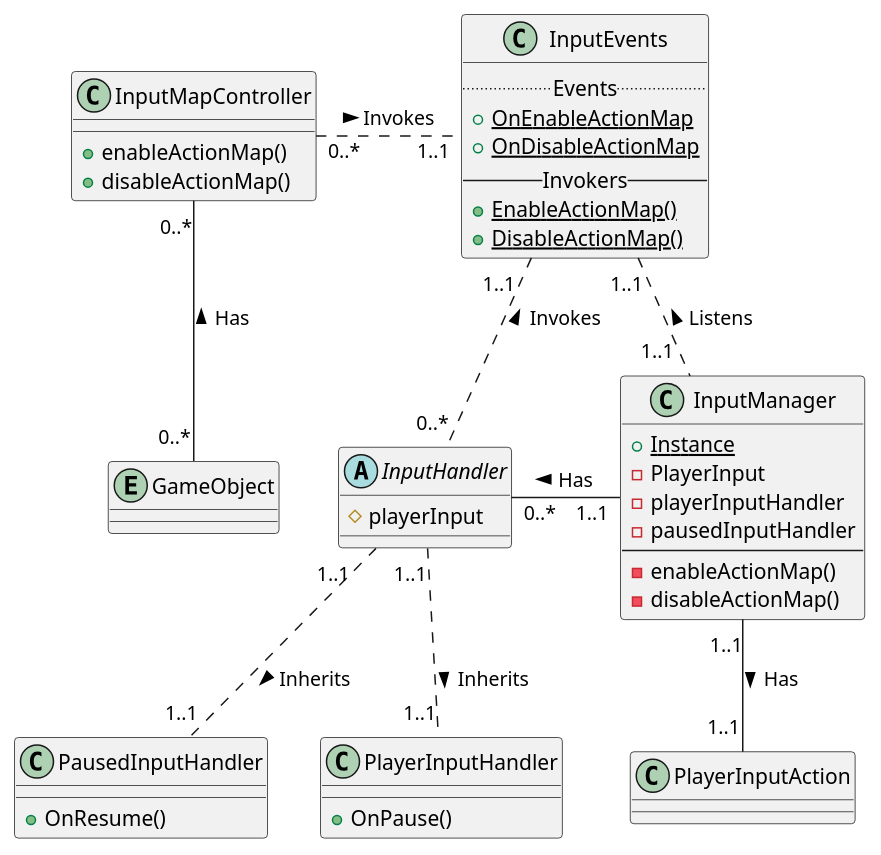
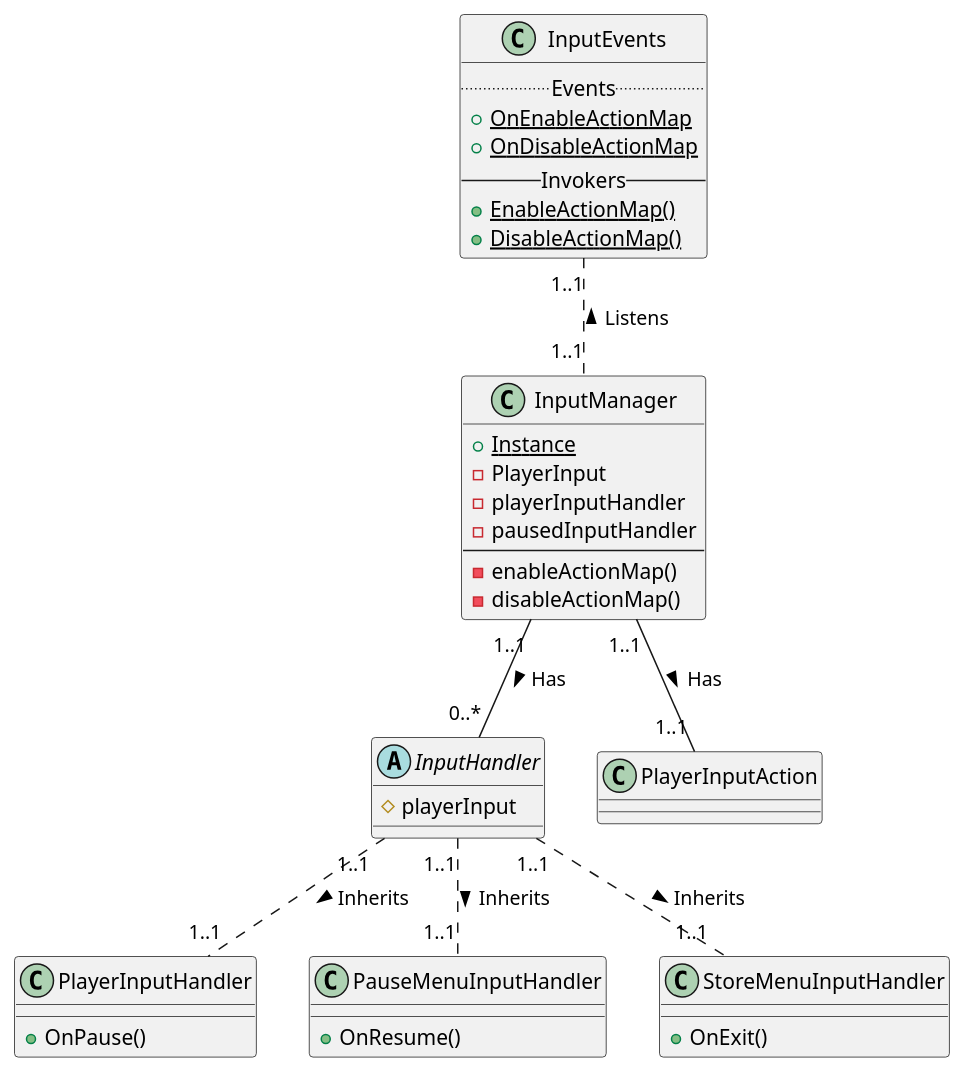
One commit to jskelly2021/Journey changed the diagram in UML/inputsystem.iuml. Above: the diagram before and after it, drawn with PlantUML. The commit also changed 5 other files, not shown here.

Commit message:
Updated UML and README

```diff
--- a/UML/inputsystem.iuml
+++ b/UML/inputsystem.iuml
@@ -1,53 +1,48 @@
 @startuml inputsystem
 
 class InputManager {
     {static} +Instance
     -PlayerInput
     -playerInputHandler
     -pausedInputHandler
     --
     -enableActionMap()
     -disableActionMap()
 }
 
 class InputEvents {
     ..Events..
     {static} +OnEnableActionMap
     {static} +OnDisableActionMap
     --Invokers--
     {static} +EnableActionMap()
     {static} +DisableActionMap()
 }
 
 abstract InputHandler {
     #playerInput
 }
 
 class PlayerInputHandler {
     +OnPause()
 }
 
-class PausedInputHandler {
+class PauseMenuInputHandler {
     +OnResume()
 }
 
-class InputMapController {
-    +enableActionMap()
-    +disableActionMap()
+class StoreMenuInputHandler {
+    +OnExit()
 }
 
 class PlayerInputAction
-entity GameObject
 
-InputManager        "1..1  "  .up.     "1..1"    InputEvents         : "Listens >"
-InputManager        "1..1"    -left-   "0..*"    InputHandler        : "Has >"
+InputManager        "1..1"    .up.     "1..1"    InputEvents         : "Listens >"
+InputManager        "1..1"    -down-   "0..*"    InputHandler        : "Has >"
 InputManager        "1..1"    -down-   "1..1"    PlayerInputAction   : "Has >"
 
-InputHandler        "0..*"    .up.     "1..1  "  InputEvents         : "Invokes >"
 InputHandler        "1..1"    .down.   "1..1"    PlayerInputHandler  : "Inherits >"
-InputHandler        "1..1   " .down.   "1..1"    PausedInputHandler  : "Inherits >"
-
-InputMapController  "0..*"    .right.  "1..1"    InputEvents         : "Invokes >"
-InputMapController  "0..*"    -down-   "0..*"    GameObject          : "Has <"
+InputHandler        "1..1"    .down.   "1..1"    PauseMenuInputHandler  : "Inherits >"
+InputHandler        "1..1"    .down.   "1..1"    StoreMenuInputHandler  : "Inherits >"
 
 @enduml
```
